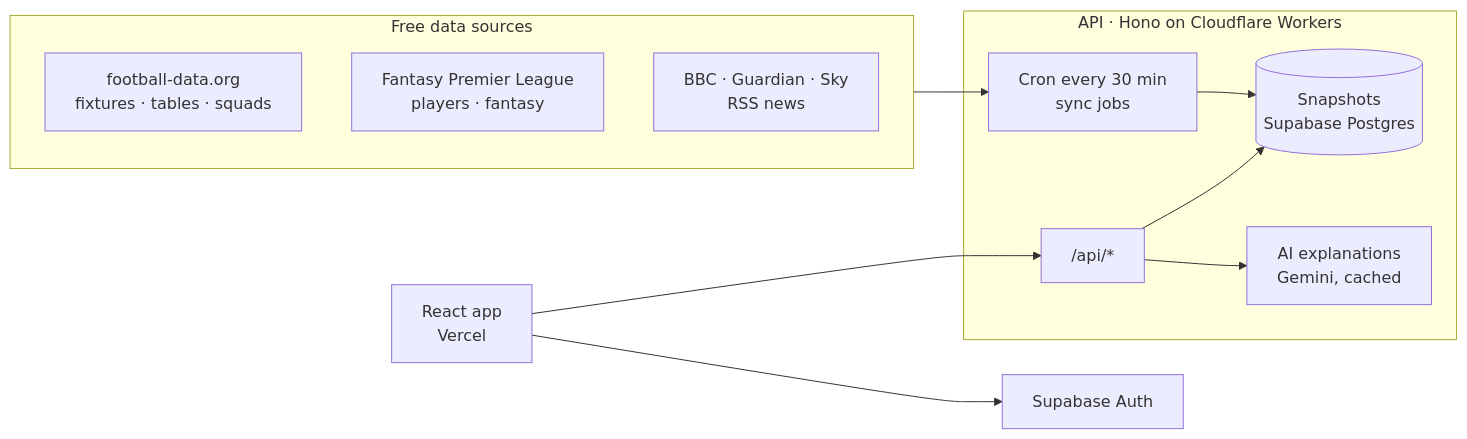
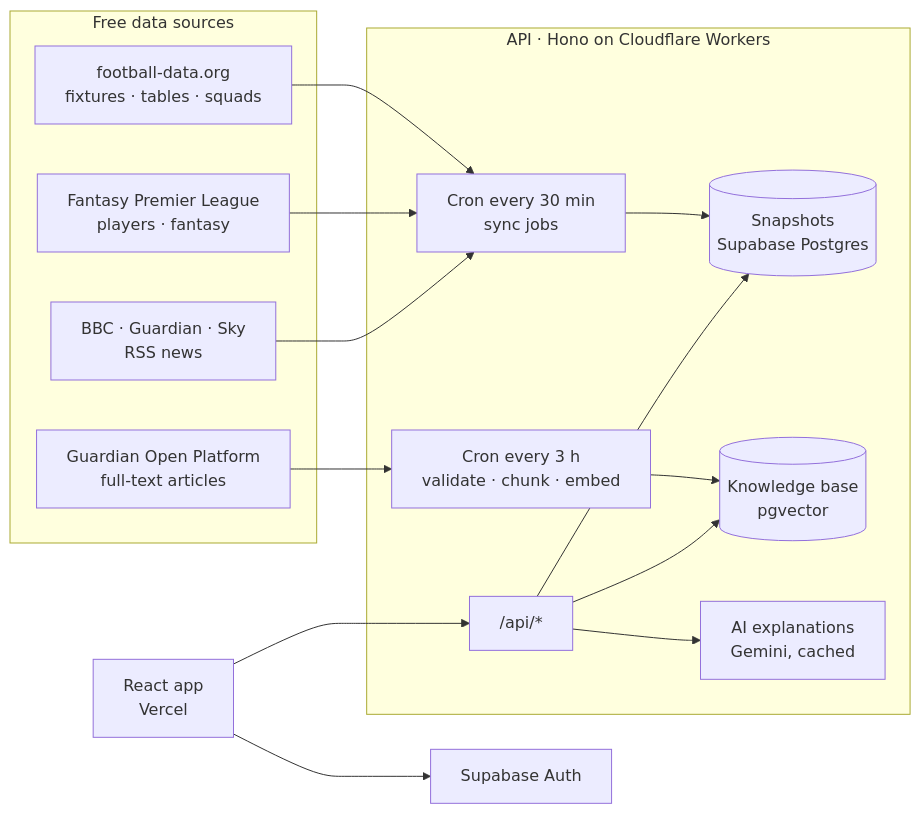
Before and after one commit to AnKIT7-ops/FootIQ.ai: the diagram in README.md, drawn with Mermaid. The commit also changed other lines of this file and 1 other file, not shown here.

First line of the commit message:
docs: README and DATABASE cover the RAG knowledge base

````diff
--- a/README.md
+++ b/README.md
@@ -118,17 +118,21 @@
 ```mermaid
 flowchart LR
   subgraph Sources["Free data sources"]
     FD["football-data.org<br/>fixtures · tables · squads"]
     FPL["Fantasy Premier League<br/>players · fantasy"]
     RSS["BBC · Guardian · Sky<br/>RSS news"]
+    GU["Guardian Open Platform<br/>full-text articles"]
   end
   subgraph Worker["API · Hono on Cloudflare Workers"]
     CRON["Cron every 30 min<br/>sync jobs"] --> SNAP[("Snapshots<br/>Supabase Postgres")]
+    KCRON["Cron every 3 h<br/>validate · chunk · embed"] --> KB[("Knowledge base<br/>pgvector")]
     API["/api/*"] --> SNAP
+    API --> KB
     AI["AI explanations<br/>Gemini, cached"]
   end
-  Sources --> CRON
+  FD & FPL & RSS --> CRON
+  GU --> KCRON
   WEB["React app<br/>Vercel"] --> API
   WEB --> AUTH["Supabase Auth"]
   API --> AI
 ```
````
